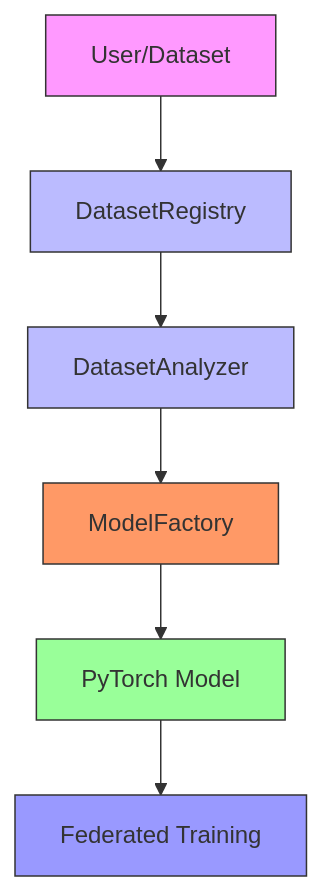
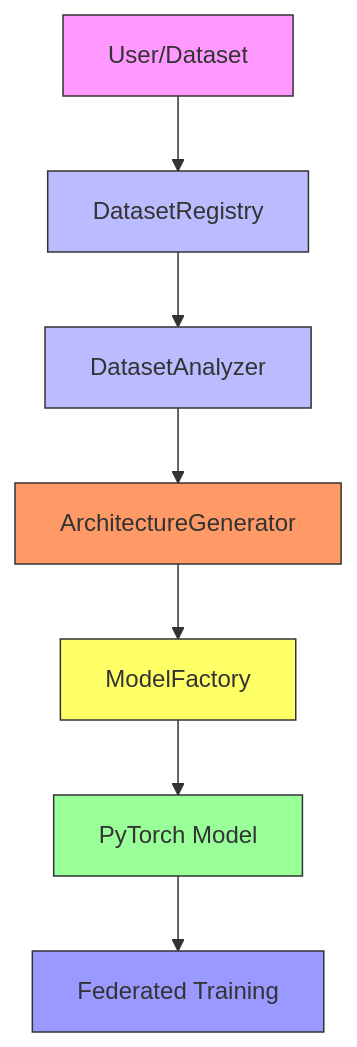
One commit to skye-cyber/ARCH-FL changed the diagram in docs/analysis/IMPLEMENTATION_SUMMARY.md. Above: the diagram before and after it, drawn with Mermaid. The commit also changed other lines of this file and 4 other files, not shown here.

First line of the commit message:
feat: complete Phase 3 AutoML Architecture Generator

````diff
--- a/docs/analysis/IMPLEMENTATION_SUMMARY.md
+++ b/docs/analysis/IMPLEMENTATION_SUMMARY.md
@@ -57,15 +84,17 @@
 ```mermaid
 graph TD
     A[User/Dataset] --> B[DatasetRegistry]
     B --> C[DatasetAnalyzer]
-    C --> D[ModelFactory]
+    C --> G[ArchitectureGenerator]
+    G --> D[ModelFactory]
     D --> E[PyTorch Model]
     E --> F[Federated Training]
     
     style A fill:#f9f,stroke:#333
     style B fill:#bbf,stroke:#333
     style C fill:#bbf,stroke:#333
-    style D fill:#f96,stroke:#333
+    style G fill:#f96,stroke:#333
+    style D fill:#ff6,stroke:#333
     style E fill:#9f9,stroke:#333
     style F fill:#99f,stroke:#333
 ```
````
